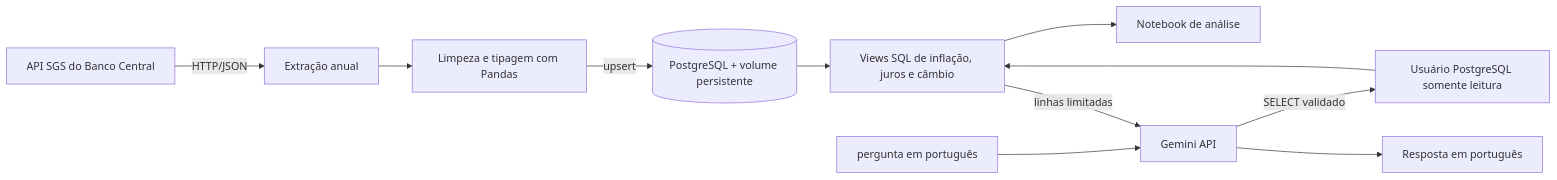
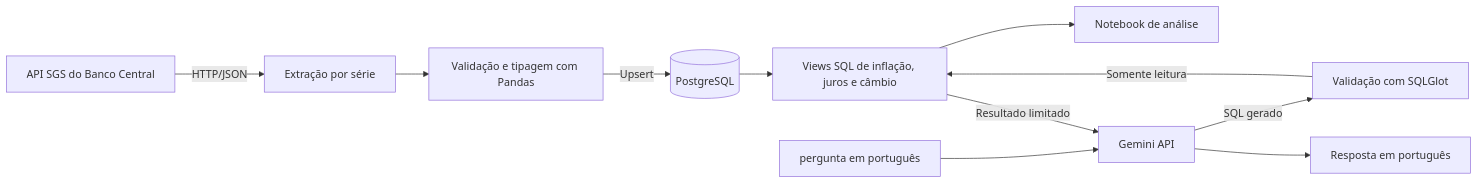
The diagram in README.md (GabrielSorge/Projeto-economia-br), drawn with Mermaid before and after one commit. The commit also changed other lines of this file, not shown here.

````diff
--- a/README.md
+++ b/README.md
@@ -20,13 +19,13 @@
 ```mermaid
 flowchart LR
-    SGS[API SGS do Banco Central] -->|HTTP/JSON| Extract[Extração anual]
-    Extract --> Transform[Limpeza e tipagem com Pandas]
-    Transform -->|upsert| DB[(PostgreSQL + volume persistente)]
-    DB --> Views[Views SQL de inflação, juros e câmbio]
+    SGS[API SGS do Banco Central] -->|HTTP/JSON| Extracao[Extração por série]
+    Extracao --> Transformacao[Validação e tipagem com Pandas]
+    Transformacao -->|Upsert| Banco[(PostgreSQL)]
+    Banco --> Views[Views SQL de inflação, juros e câmbio]
     Views --> Notebook[Notebook de análise]
     Pergunta[ pergunta em português ] --> Gemini[Gemini API]
-    Gemini -->|SELECT validado| ReadOnly[Usuário PostgreSQL somente leitura]
-    ReadOnly --> Views
-    Views -->|linhas limitadas| Gemini
+    Gemini -->|SQL gerado| Validacao[Validação com SQLGlot]
+    Validacao -->|Somente leitura| Views
+    Views -->|Resultado limitado| Gemini
     Gemini --> Resposta[Resposta em português]
 ```
````
